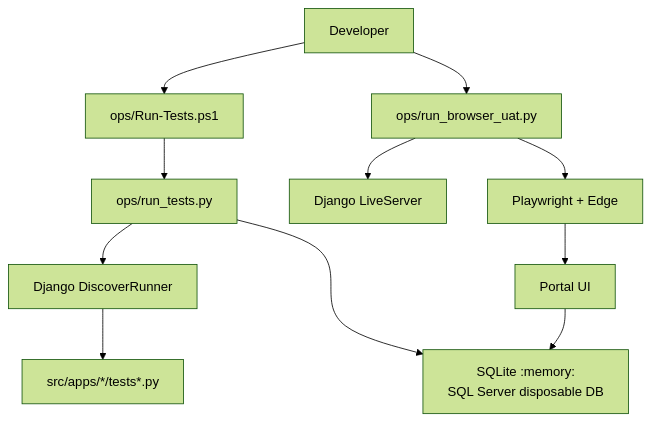
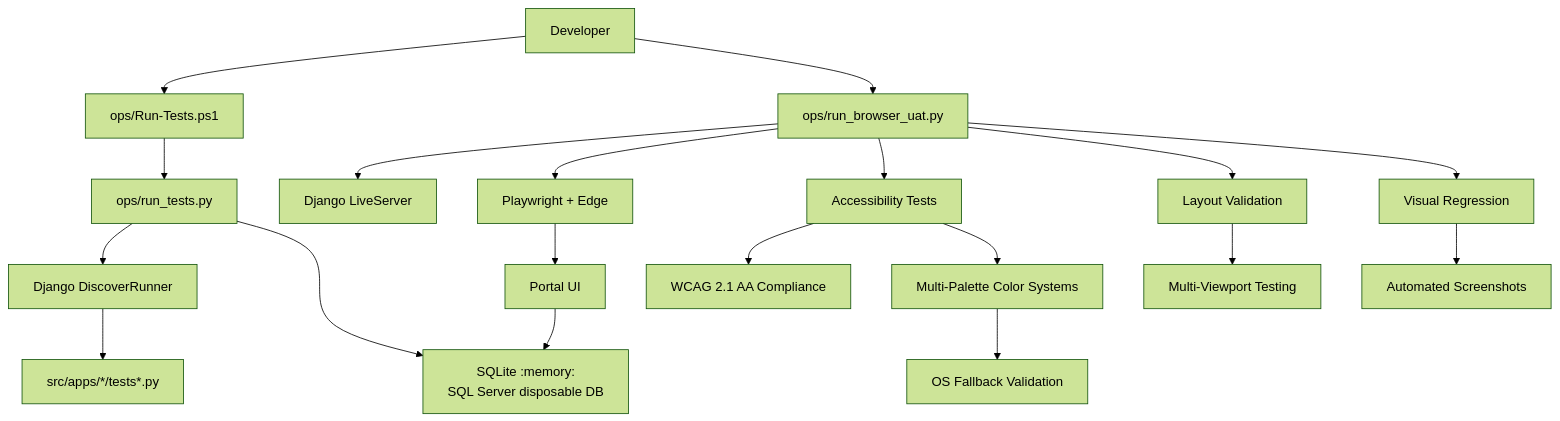
Before and after one commit to dinhtanhb/QLHCNS: the first of 20 diagrams in .qoder/repowiki/en/content/Testing Strategy.md, drawn with Mermaid (forest theme). The commit also changed other lines of this file and 98 other files, not shown here.

````diff
--- a/.qoder/repowiki/en/content/Testing Strategy.md
+++ b/.qoder/repowiki/en/content/Testing Strategy.md
@@ -43,13 +66,21 @@
 ```mermaid
 graph TB
 Dev["Developer"] --> PS["ops/Run-Tests.ps1"]
 PS --> PyRunner["ops/run_tests.py"]
 PyRunner --> DjangoRunner["Django DiscoverRunner"]
 DjangoRunner --> UnitTests["src/apps/*/tests*.py"]
 PyRunner --> IsolatedDB["SQLite :memory:<br/>SQL Server disposable DB"]
 Dev --> BrowserUAT["ops/run_browser_uat.py"]
 BrowserUAT --> LiveServer["Django LiveServer"]
 BrowserUAT --> Playwright["Playwright + Edge"]
+BrowserUAT --> Accessibility["Accessibility Tests"]
+BrowserUAT --> LayoutValidation["Layout Validation"]
+BrowserUAT --> VisualRegression["Visual Regression"]
 Playwright --> PortalUI["Portal UI"]
 PortalUI --> IsolatedDB
+Accessibility --> WCAG["WCAG 2.1 AA Compliance"]
+Accessibility --> MultiPalette["Multi-Palette Color Systems"]
+LayoutValidation --> MultiViewport["Multi-Viewport Testing"]
+VisualRegression --> ScreenshotCapture["Automated Screenshots"]
+MultiPalette --> FallbackValidation["OS Fallback Validation"]
 ```
````
